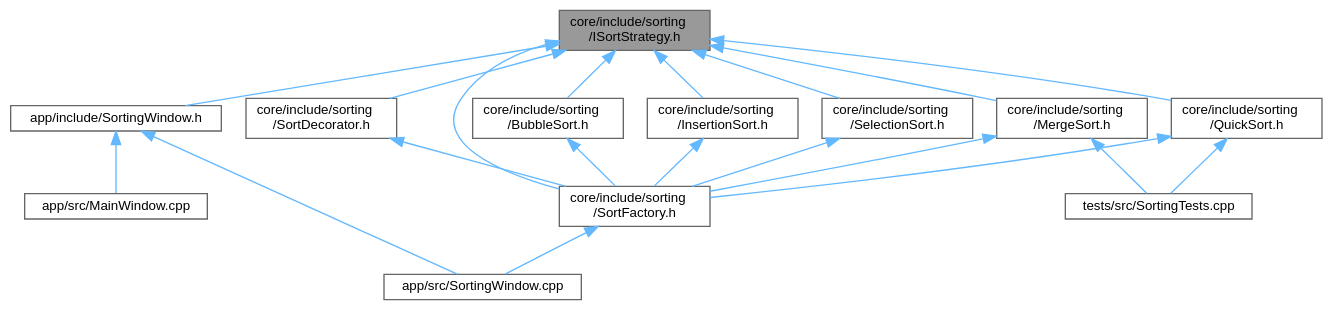
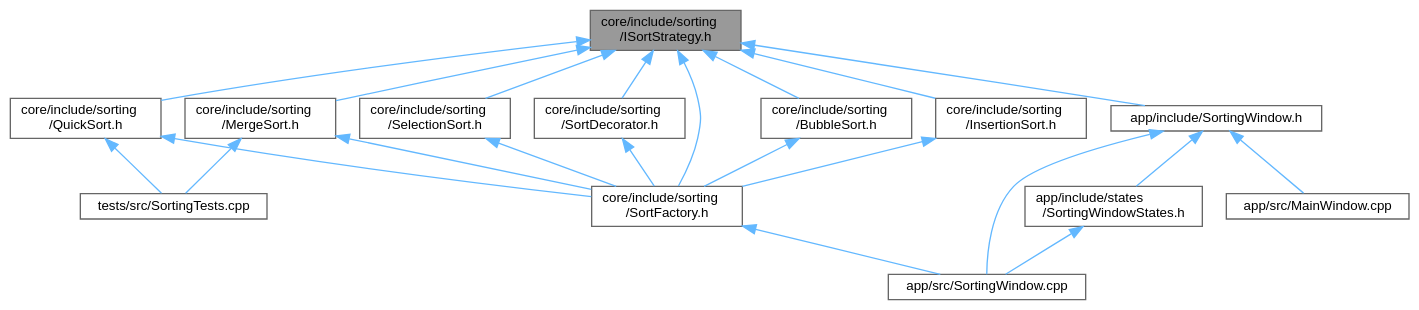
The diagram in ISortStrategy_8h__dep__incl.dot (wwerniss/algorithms-benchmark), drawn with Graphviz before and after one commit. The commit also changed 265 other files, not shown here.

```diff
--- a/ISortStrategy_8h__dep__incl.dot
+++ b/ISortStrategy_8h__dep__incl.dot
@@ -1,38 +1,41 @@
 digraph "core/include/sorting/ISortStrategy.h"
 {
  // LATEX_PDF_SIZE
   bgcolor="transparent";
   edge [fontname=Helvetica,fontsize=10,labelfontname=Helvetica,labelfontsize=10];
   node [fontname=Helvetica,fontsize=10,shape=box,height=0.2,width=0.4];
   Node1 [id="Node000001",label="core/include/sorting\l/ISortStrategy.h",height=0.2,width=0.4,color="gray40", fillcolor="grey60", style="filled", fontcolor="black",tooltip=" "];
   Node1 -> Node2 [id="edge1_Node000001_Node000002",dir="back",color="steelblue1",style="solid",tooltip=" "];
   Node2 [id="Node000002",label="app/include/SortingWindow.h",height=0.2,width=0.4,color="grey40", fillcolor="white", style="filled",URL="$SortingWindow_8h.html",tooltip=" "];
   Node2 -> Node3 [id="edge2_Node000002_Node000003",dir="back",color="steelblue1",style="solid",tooltip=" "];
-  Node3 [id="Node000003",label="app/src/MainWindow.cpp",height=0.2,width=0.4,color="grey40", fillcolor="white", style="filled",URL="$MainWindow_8cpp.html",tooltip=" "];
-  Node2 -> Node4 [id="edge3_Node000002_Node000004",dir="back",color="steelblue1",style="solid",tooltip=" "];
+  Node3 [id="Node000003",label="app/include/states\l/SortingWindowStates.h",height=0.2,width=0.4,color="grey40", fillcolor="white", style="filled",URL="$SortingWindowStates_8h.html",tooltip=" "];
+  Node3 -> Node4 [id="edge3_Node000003_Node000004",dir="back",color="steelblue1",style="solid",tooltip=" "];
   Node4 [id="Node000004",label="app/src/SortingWindow.cpp",height=0.2,width=0.4,color="grey40", fillcolor="white", style="filled",URL="$SortingWindow_8cpp.html",tooltip=" "];
-  Node1 -> Node5 [id="edge4_Node000001_Node000005",dir="back",color="steelblue1",style="solid",tooltip=" "];
-  Node5 [id="Node000005",label="core/include/sorting\l/BubbleSort.h",height=0.2,width=0.4,color="grey40", fillcolor="white", style="filled",URL="$BubbleSort_8h.html",tooltip=" "];
-  Node5 -> Node6 [id="edge5_Node000005_Node000006",dir="back",color="steelblue1",style="solid",tooltip=" "];
-  Node6 [id="Node000006",label="core/include/sorting\l/SortFactory.h",height=0.2,width=0.4,color="grey40", fillcolor="white", style="filled",URL="$SortFactory_8h.html",tooltip=" "];
-  Node6 -> Node4 [id="edge6_Node000006_Node000004",dir="back",color="steelblue1",style="solid",tooltip=" "];
-  Node1 -> Node7 [id="edge7_Node000001_Node000007",dir="back",color="steelblue1",style="solid",tooltip=" "];
-  Node7 [id="Node000007",label="core/include/sorting\l/InsertionSort.h",height=0.2,width=0.4,color="grey40", fillcolor="white", style="filled",URL="$InsertionSort_8h.html",tooltip=" "];
-  Node7 -> Node6 [id="edge8_Node000007_Node000006",dir="back",color="steelblue1",style="solid",tooltip=" "];
+  Node2 -> Node5 [id="edge4_Node000002_Node000005",dir="back",color="steelblue1",style="solid",tooltip=" "];
+  Node5 [id="Node000005",label="app/src/MainWindow.cpp",height=0.2,width=0.4,color="grey40", fillcolor="white", style="filled",URL="$MainWindow_8cpp.html",tooltip=" "];
+  Node2 -> Node4 [id="edge5_Node000002_Node000004",dir="back",color="steelblue1",style="solid",tooltip=" "];
+  Node1 -> Node6 [id="edge6_Node000001_Node000006",dir="back",color="steelblue1",style="solid",tooltip=" "];
+  Node6 [id="Node000006",label="core/include/sorting\l/BubbleSort.h",height=0.2,width=0.4,color="grey40", fillcolor="white", style="filled",URL="$BubbleSort_8h.html",tooltip=" "];
+  Node6 -> Node7 [id="edge7_Node000006_Node000007",dir="back",color="steelblue1",style="solid",tooltip=" "];
+  Node7 [id="Node000007",label="core/include/sorting\l/SortFactory.h",height=0.2,width=0.4,color="grey40", fillcolor="white", style="filled",URL="$SortFactory_8h.html",tooltip=" "];
+  Node7 -> Node4 [id="edge8_Node000007_Node000004",dir="back",color="steelblue1",style="solid",tooltip=" "];
   Node1 -> Node8 [id="edge9_Node000001_Node000008",dir="back",color="steelblue1",style="solid",tooltip=" "];
-  Node8 [id="Node000008",label="core/include/sorting\l/MergeSort.h",height=0.2,width=0.4,color="grey40", fillcolor="white", style="filled",URL="$MergeSort_8h.html",tooltip=" "];
-  Node8 -> Node6 [id="edge10_Node000008_Node000006",dir="back",color="steelblue1",style="solid",tooltip=" "];
-  Node8 -> Node9 [id="edge11_Node000008_Node000009",dir="back",color="steelblue1",style="solid",tooltip=" "];
-  Node9 [id="Node000009",label="tests/src/SortingTests.cpp",height=0.2,width=0.4,color="grey40", fillcolor="white", style="filled",URL="$SortingTests_8cpp.html",tooltip=" "];
-  Node1 -> Node10 [id="edge12_Node000001_Node000010",dir="back",color="steelblue1",style="solid",tooltip=" "];
-  Node10 [id="Node000010",label="core/include/sorting\l/QuickSort.h",height=0.2,width=0.4,color="grey40", fillcolor="white", style="filled",URL="$QuickSort_8h.html",tooltip=" "];
-  Node10 -> Node6 [id="edge13_Node000010_Node000006",dir="back",color="steelblue1",style="solid",tooltip=" "];
-  Node10 -> Node9 [id="edge14_Node000010_Node000009",dir="back",color="steelblue1",style="solid",tooltip=" "];
-  Node1 -> Node11 [id="edge15_Node000001_Node000011",dir="back",color="steelblue1",style="solid",tooltip=" "];
-  Node11 [id="Node000011",label="core/include/sorting\l/SelectionSort.h",height=0.2,width=0.4,color="grey40", fillcolor="white", style="filled",URL="$SelectionSort_8h.html",tooltip=" "];
-  Node11 -> Node6 [id="edge16_Node000011_Node000006",dir="back",color="steelblue1",style="solid",tooltip=" "];
+  Node8 [id="Node000008",label="core/include/sorting\l/InsertionSort.h",height=0.2,width=0.4,color="grey40", fillcolor="white", style="filled",URL="$InsertionSort_8h.html",tooltip=" "];
+  Node8 -> Node7 [id="edge10_Node000008_Node000007",dir="back",color="steelblue1",style="solid",tooltip=" "];
+  Node1 -> Node9 [id="edge11_Node000001_Node000009",dir="back",color="steelblue1",style="solid",tooltip=" "];
+  Node9 [id="Node000009",label="core/include/sorting\l/MergeSort.h",height=0.2,width=0.4,color="grey40", fillcolor="white", style="filled",URL="$MergeSort_8h.html",tooltip=" "];
+  Node9 -> Node7 [id="edge12_Node000009_Node000007",dir="back",color="steelblue1",style="solid",tooltip=" "];
+  Node9 -> Node10 [id="edge13_Node000009_Node000010",dir="back",color="steelblue1",style="solid",tooltip=" "];
+  Node10 [id="Node000010",label="tests/src/SortingTests.cpp",height=0.2,width=0.4,color="grey40", fillcolor="white", style="filled",URL="$SortingTests_8cpp.html",tooltip=" "];
+  Node1 -> Node11 [id="edge14_Node000001_Node000011",dir="back",color="steelblue1",style="solid",tooltip=" "];
+  Node11 [id="Node000011",label="core/include/sorting\l/QuickSort.h",height=0.2,width=0.4,color="grey40", fillcolor="white", style="filled",URL="$QuickSort_8h.html",tooltip=" "];
+  Node11 -> Node7 [id="edge15_Node000011_Node000007",dir="back",color="steelblue1",style="solid",tooltip=" "];
+  Node11 -> Node10 [id="edge16_Node000011_Node000010",dir="back",color="steelblue1",style="solid",tooltip=" "];
   Node1 -> Node12 [id="edge17_Node000001_Node000012",dir="back",color="steelblue1",style="solid",tooltip=" "];
-  Node12 [id="Node000012",label="core/include/sorting\l/SortDecorator.h",height=0.2,width=0.4,color="grey40", fillcolor="white", style="filled",URL="$SortDecorator_8h.html",tooltip=" "];
-  Node12 -> Node6 [id="edge18_Node000012_Node000006",dir="back",color="steelblue1",style="solid",tooltip=" "];
-  Node1 -> Node6 [id="edge19_Node000001_Node000006",dir="back",color="steelblue1",style="solid",tooltip=" "];
+  Node12 [id="Node000012",label="core/include/sorting\l/SelectionSort.h",height=0.2,width=0.4,color="grey40", fillcolor="white", style="filled",URL="$SelectionSort_8h.html",tooltip=" "];
+  Node12 -> Node7 [id="edge18_Node000012_Node000007",dir="back",color="steelblue1",style="solid",tooltip=" "];
+  Node1 -> Node13 [id="edge19_Node000001_Node000013",dir="back",color="steelblue1",style="solid",tooltip=" "];
+  Node13 [id="Node000013",label="core/include/sorting\l/SortDecorator.h",height=0.2,width=0.4,color="grey40", fillcolor="white", style="filled",URL="$SortDecorator_8h.html",tooltip=" "];
+  Node13 -> Node7 [id="edge20_Node000013_Node000007",dir="back",color="steelblue1",style="solid",tooltip=" "];
+  Node1 -> Node7 [id="edge21_Node000001_Node000007",dir="back",color="steelblue1",style="solid",tooltip=" "];
 }
```
